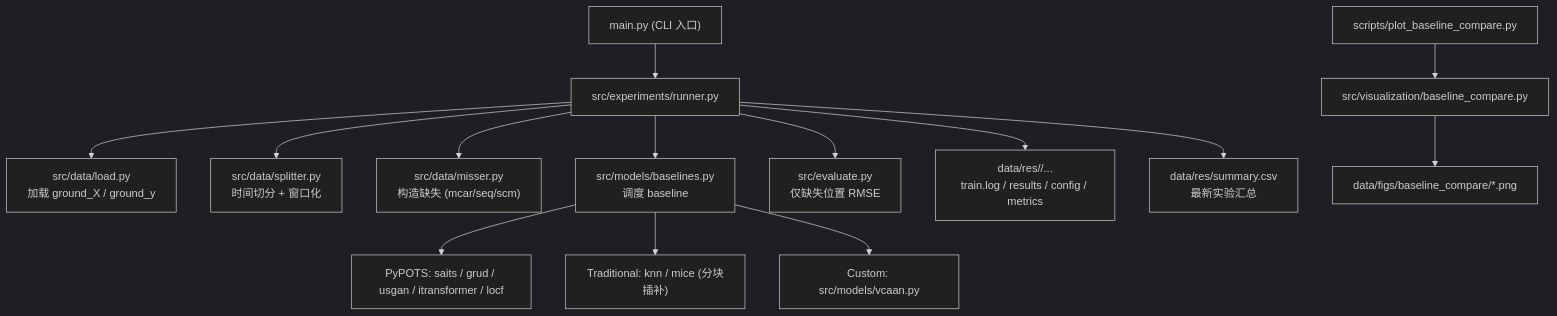
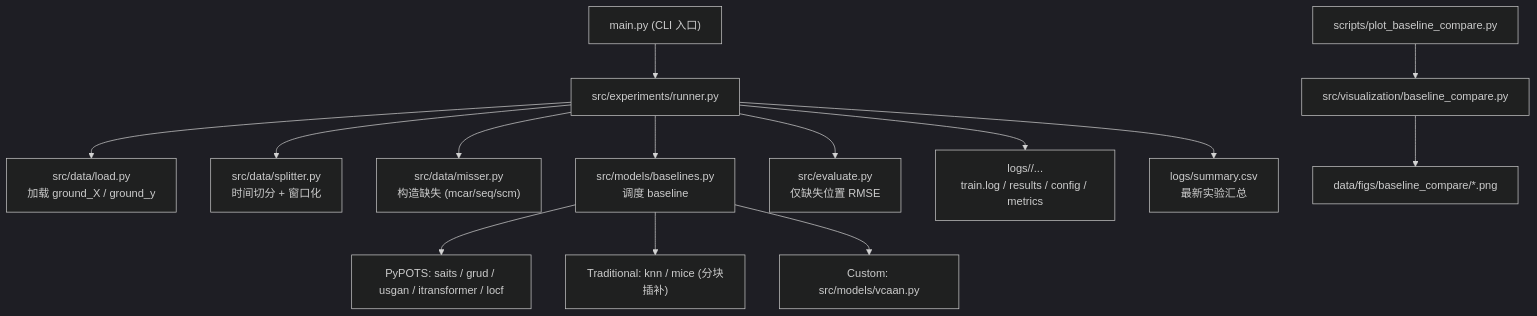
Before and after one commit to xlxsgit/st-missing-fill: the diagram in README.md, drawn with Mermaid (dark theme). The commit also changed other lines of this file and 6 other files, not shown here.

````diff
--- a/README.md
+++ b/README.md
@@ -8,16 +8,16 @@
 ```mermaid
 flowchart TD
     A["main.py (CLI 入口)"] --> B["src/experiments/runner.py"]
     B --> C["src/data/load.py<br/>加载 ground_X / ground_y"]
     B --> D["src/data/splitter.py<br/>时间切分 + 窗口化"]
     B --> E["src/data/misser.py<br/>构造缺失 (mcar/seq/scm)"]
     B --> F["src/models/baselines.py<br/>调度 baseline"]
     F --> F1["PyPOTS: saits / grud / usgan / itransformer / locf"]
     F --> F2["Traditional: knn / mice (分块插补)"]
     F --> F3["Custom: src/models/vcaan.py"]
     B --> G["src/evaluate.py<br/>仅缺失位置 RMSE"]
-    B --> H["data/res/<run_id>/...<br/>train.log / results / config / metrics"]
-    B --> I["data/res/summary.csv<br/>最新实验汇总"]
+    B --> H["logs/<run_id>/...<br/>train.log / results / config / metrics"]
+    B --> I["logs/summary.csv<br/>最新实验汇总"]
     J["scripts/plot_baseline_compare.py"] --> K["src/visualization/baseline_compare.py"]
     K --> L["data/figs/baseline_compare/*.png"]
 ```
````
